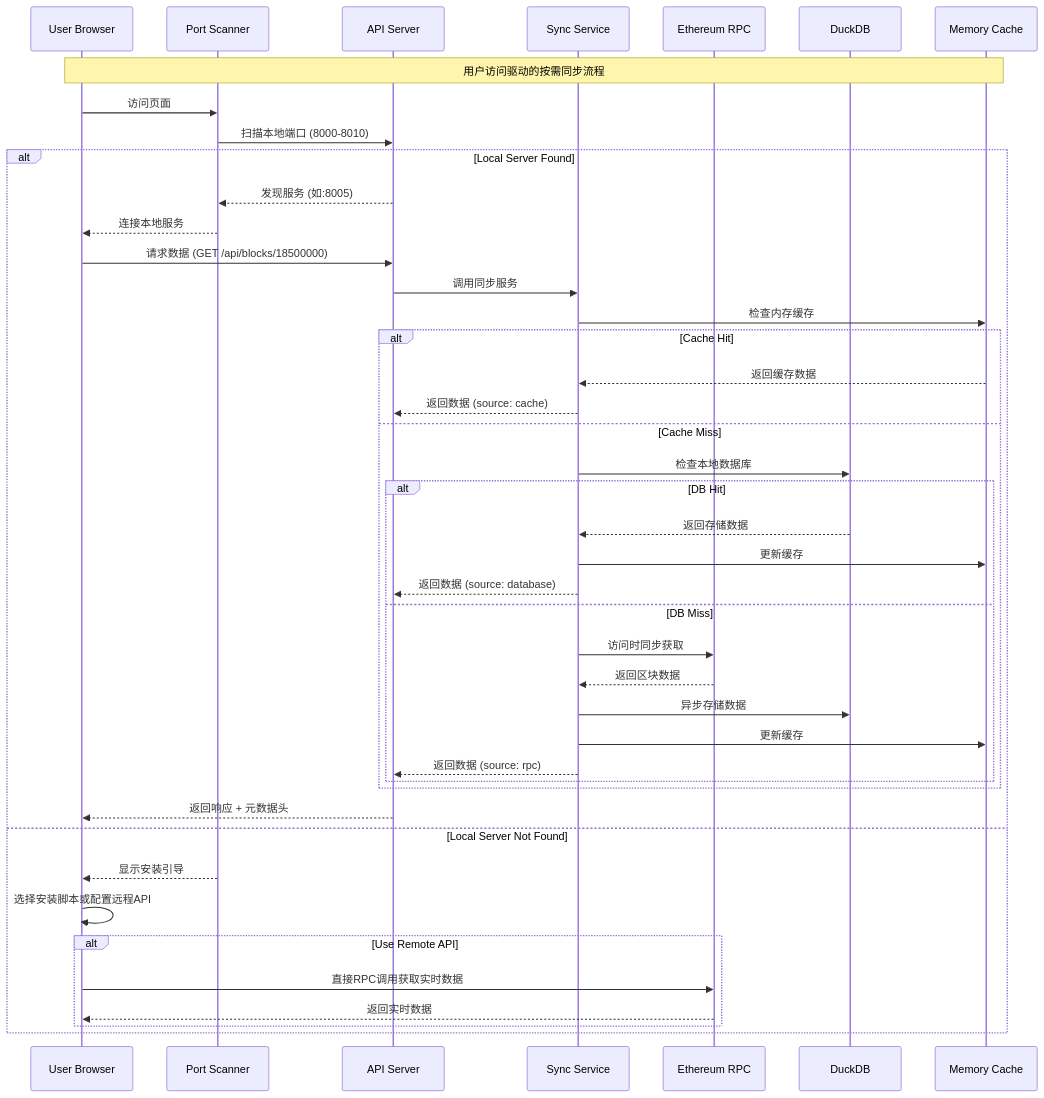
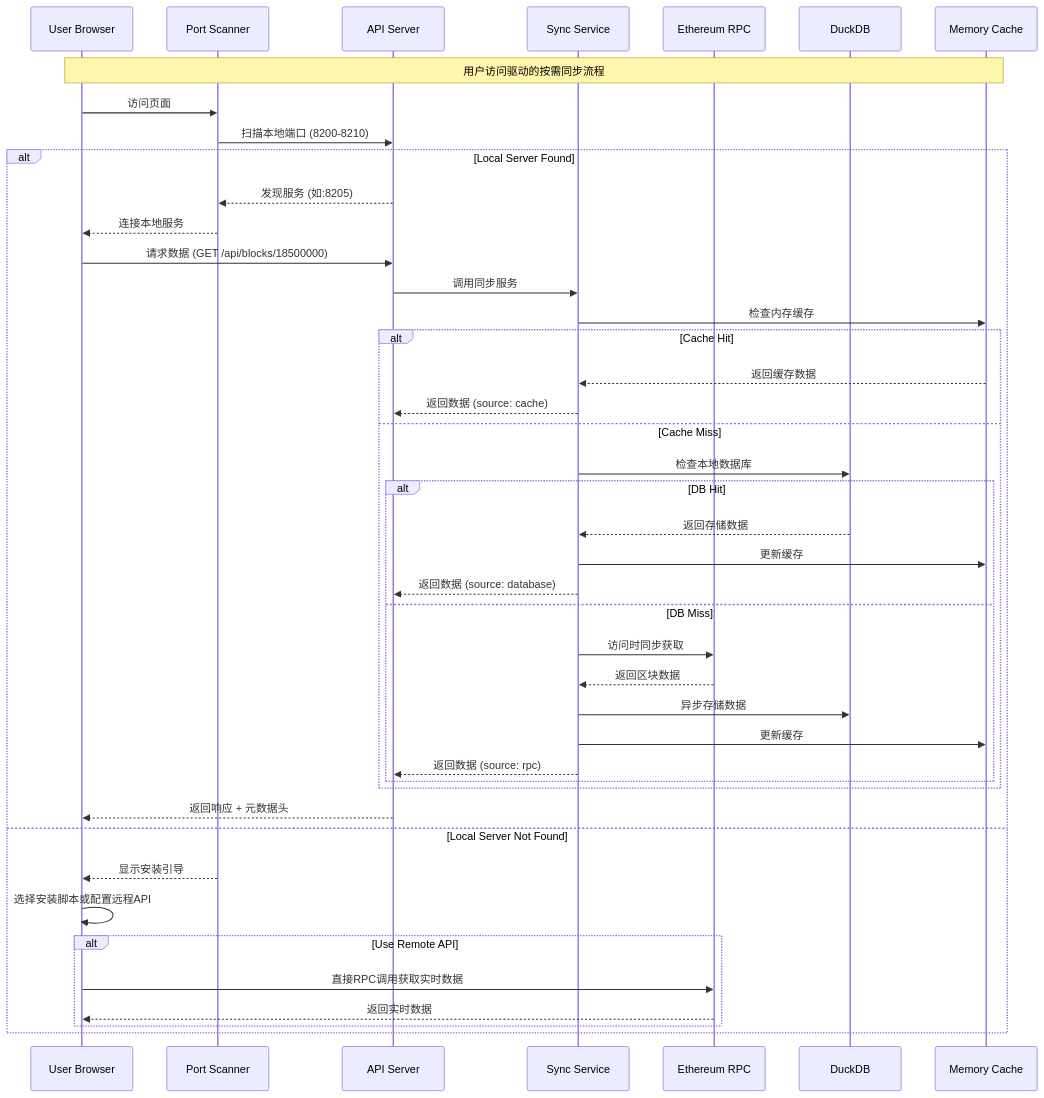
One commit to wmzy/my-block-explorer changed the fifth of 11 diagrams in docs/ARCHITECTURE.md. Above: the diagram before and after it, drawn with Mermaid. The commit also changed other lines of this file and 6 other files, not shown here.

````diff
--- a/docs/ARCHITECTURE.md
+++ b/docs/ARCHITECTURE.md
@@ -506,51 +1079,51 @@
 ```mermaid
 sequenceDiagram
     participant U as User Browser
     participant P as Port Scanner
     participant A as API Server
     participant S as Sync Service
     participant E as Ethereum RPC
     participant D as DuckDB
     participant C as Memory Cache
 
     Note over U,C: 用户访问驱动的按需同步流程
 
     U->>P: 访问页面
-    P->>A: 扫描本地端口 (8000-8010)
+    P->>A: 扫描本地端口 (8200-8210)
     
     alt Local Server Found
-        A-->>P: 发现服务 (如:8005)
+        A-->>P: 发现服务 (如:8205)
         P-->>U: 连接本地服务
         
         U->>A: 请求数据 (GET /api/blocks/18500000)
         A->>S: 调用同步服务
         
         S->>C: 检查内存缓存
         alt Cache Hit
             C-->>S: 返回缓存数据
             S-->>A: 返回数据 (source: cache)
         else Cache Miss
             S->>D: 检查本地数据库
             alt DB Hit
                 D-->>S: 返回存储数据
                 S->>C: 更新缓存
                 S-->>A: 返回数据 (source: database)
             else DB Miss
                 S->>E: 访问时同步获取
                 E-->>S: 返回区块数据
                 S->>D: 异步存储数据
                 S->>C: 更新缓存
                 S-->>A: 返回数据 (source: rpc)
             end
         end
         A-->>U: 返回响应 + 元数据头
         
     else Local Server Not Found
         P-->>U: 显示安装引导
         U->>U: 选择安装脚本或配置远程API
         alt Use Remote API
             U->>E: 直接RPC调用获取实时数据
             E-->>U: 返回实时数据
         end
     end
 ```
````
